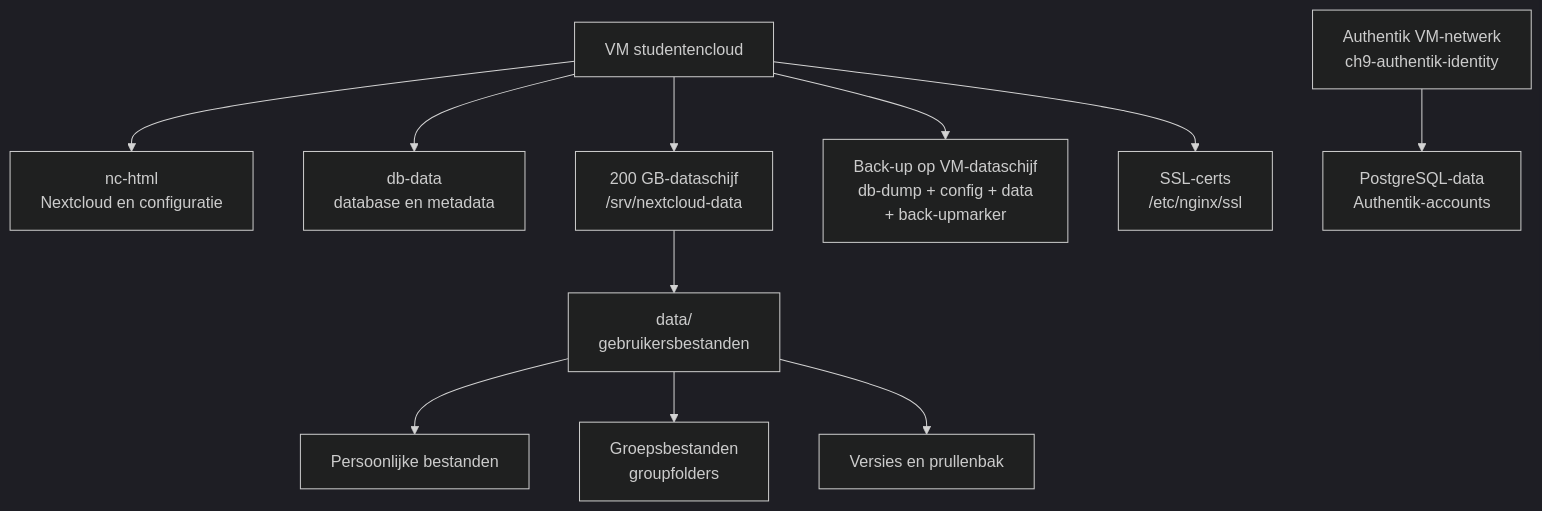
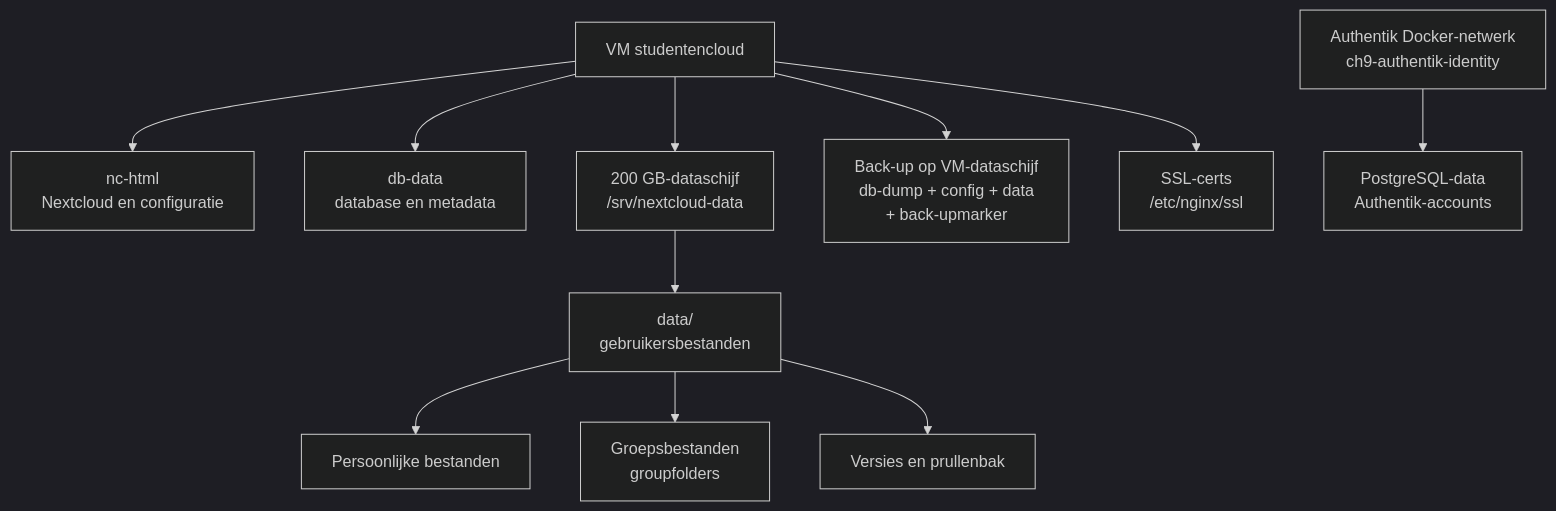
The second of 2 diagrams in docs/architecture.md (Maxime-00/StudentCloud), drawn with Mermaid (dark theme) before and after one commit. The commit also changed other lines of this file and 19 other files, not shown here.

````diff
--- a/docs/architecture.md
+++ b/docs/architecture.md
@@ -85,16 +40,16 @@
 ```mermaid
 flowchart TB
     VM[VM studentencloud]
     VM --> Html[nc-html<br/>Nextcloud en configuratie]
     VM --> DB[db-data<br/>database en metadata]
     VM --> Disk[200 GB-dataschijf<br/>/srv/nextcloud-data]
 
     Disk --> Data[data/<br/>gebruikersbestanden]
     Data --> Personal[Persoonlijke bestanden]
     Data --> Groups[Groepsbestanden<br/>groupfolders]
     Data --> Versions[Versies en prullenbak]
 
     VM --> Backup[Back-up op VM-dataschijf<br/>db-dump + config + data<br/>+ back-upmarker]
     VM --> NCert[SSL-certs<br/>/etc/nginx/ssl]
-    AVM[Authentik VM-netwerk<br/>ch9-authentik-identity] --> ADB[PostgreSQL-data<br/>Authentik-accounts]
+    AVM[Authentik Docker-netwerk<br/>ch9-authentik-identity] --> ADB[PostgreSQL-data<br/>Authentik-accounts]
 ```
````
